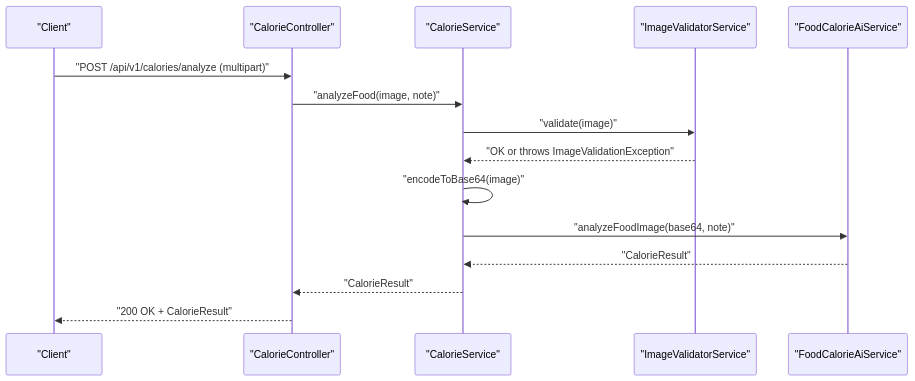
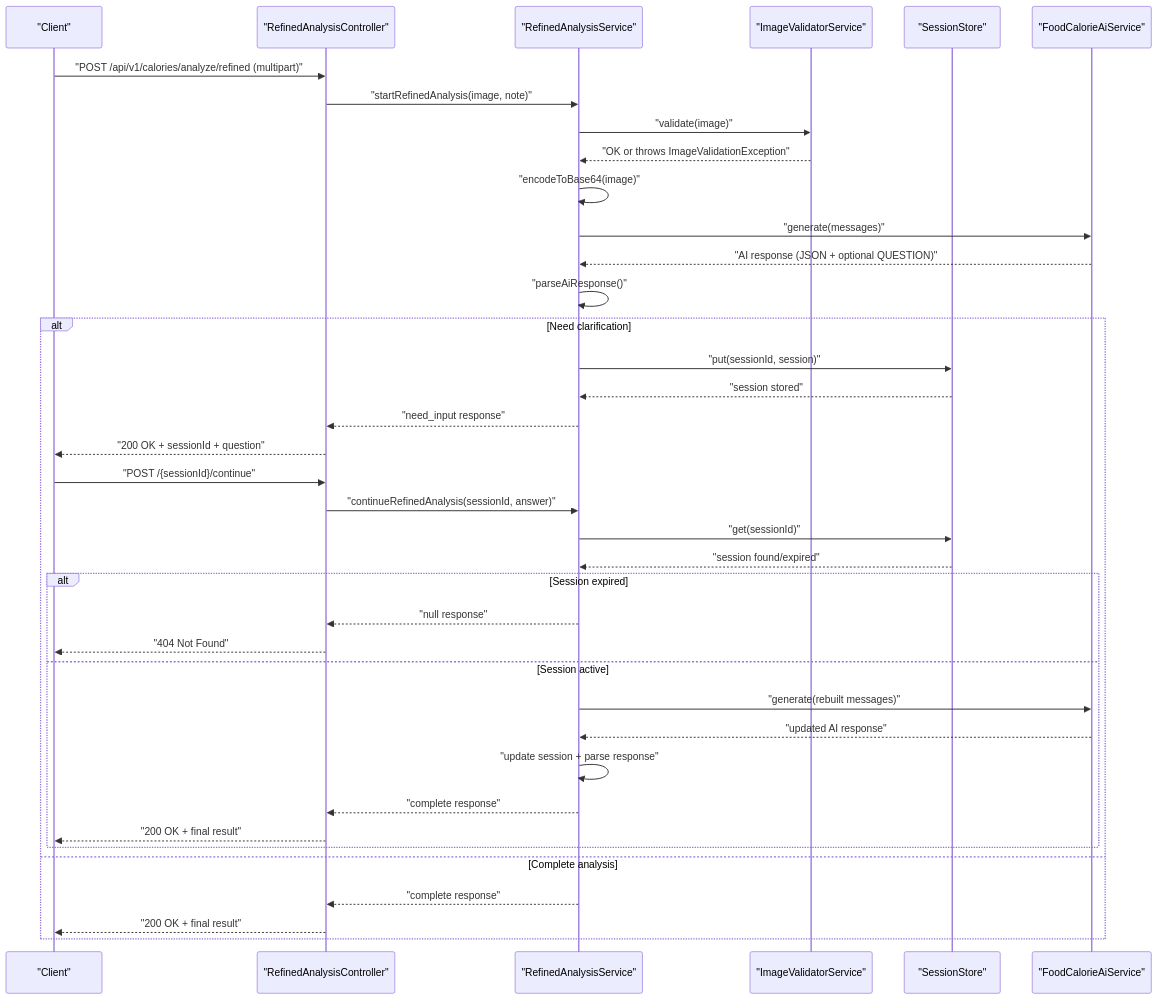
One commit to Meng-hh/heat_calculate changed the second of 3 diagrams in .qoder/repowiki/en/content/Testing Strategy.md. Above: the diagram before and after it, drawn with Mermaid. The commit also changed other lines of this file and 25 other files, not shown here.

````diff
--- a/.qoder/repowiki/en/content/Testing Strategy.md
+++ b/.qoder/repowiki/en/content/Testing Strategy.md
@@ -109,17 +192,40 @@
 ```mermaid
 sequenceDiagram
 participant Client as "Client"
-participant Controller as "CalorieController"
-participant Service as "CalorieService"
+participant Controller as "RefinedAnalysisController"
+participant Service as "RefinedAnalysisService"
 participant Validator as "ImageValidatorService"
+participant Session as "SessionStore"
 participant AI as "FoodCalorieAiService"
-Client->>Controller : "POST /api/v1/calories/analyze (multipart)"
-Controller->>Service : "analyzeFood(image, note)"
+Client->>Controller : "POST /api/v1/calories/analyze/refined (multipart)"
+Controller->>Service : "startRefinedAnalysis(image, note)"
 Service->>Validator : "validate(image)"
 Validator-->>Service : "OK or throws ImageValidationException"
 Service->>Service : "encodeToBase64(image)"
-Service->>AI : "analyzeFoodImage(base64, note)"
-AI-->>Service : "CalorieResult"
-Service-->>Controller : "CalorieResult"
-Controller-->>Client : "200 OK + CalorieResult"
+Service->>AI : "generate(messages)"
+AI-->>Service : "AI response (JSON + optional QUESTION)"
+Service->>Service : "parseAiResponse()"
+alt Need clarification
+Service->>Session : "put(sessionId, session)"
+Session-->>Service : "session stored"
+Service-->>Controller : "need_input response"
+Controller-->>Client : "200 OK + sessionId + question"
+Client->>Controller : "POST /{sessionId}/continue"
+Controller->>Service : "continueRefinedAnalysis(sessionId, answer)"
+Service->>Session : "get(sessionId)"
+Session-->>Service : "session found/expired"
+alt Session expired
+Service-->>Controller : "null response"
+Controller-->>Client : "404 Not Found"
+else Session active
+Service->>AI : "generate(rebuilt messages)"
+AI-->>Service : "updated AI response"
+Service->>Service : "update session + parse response"
+Service-->>Controller : "complete response"
+Controller-->>Client : "200 OK + final result"
+end
+else Complete analysis
+Service-->>Controller : "complete response"
+Controller-->>Client : "200 OK + final result"
+end
 ```
````
